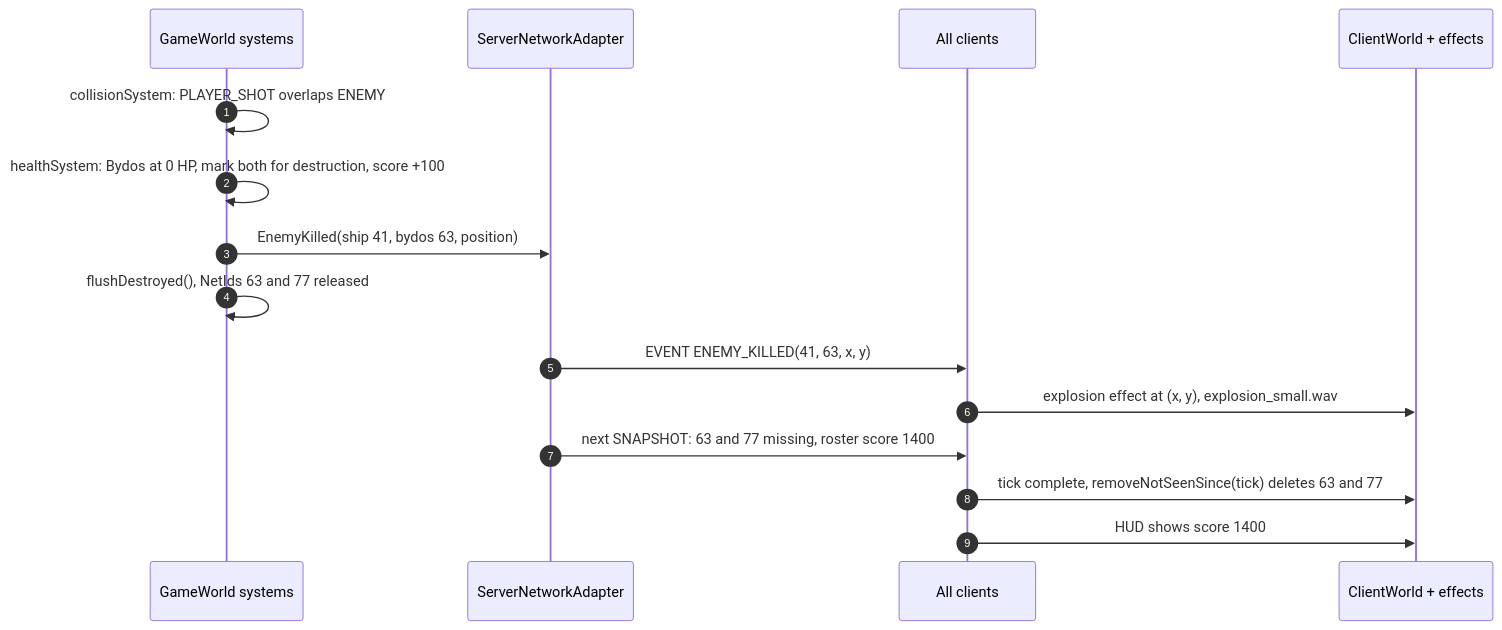
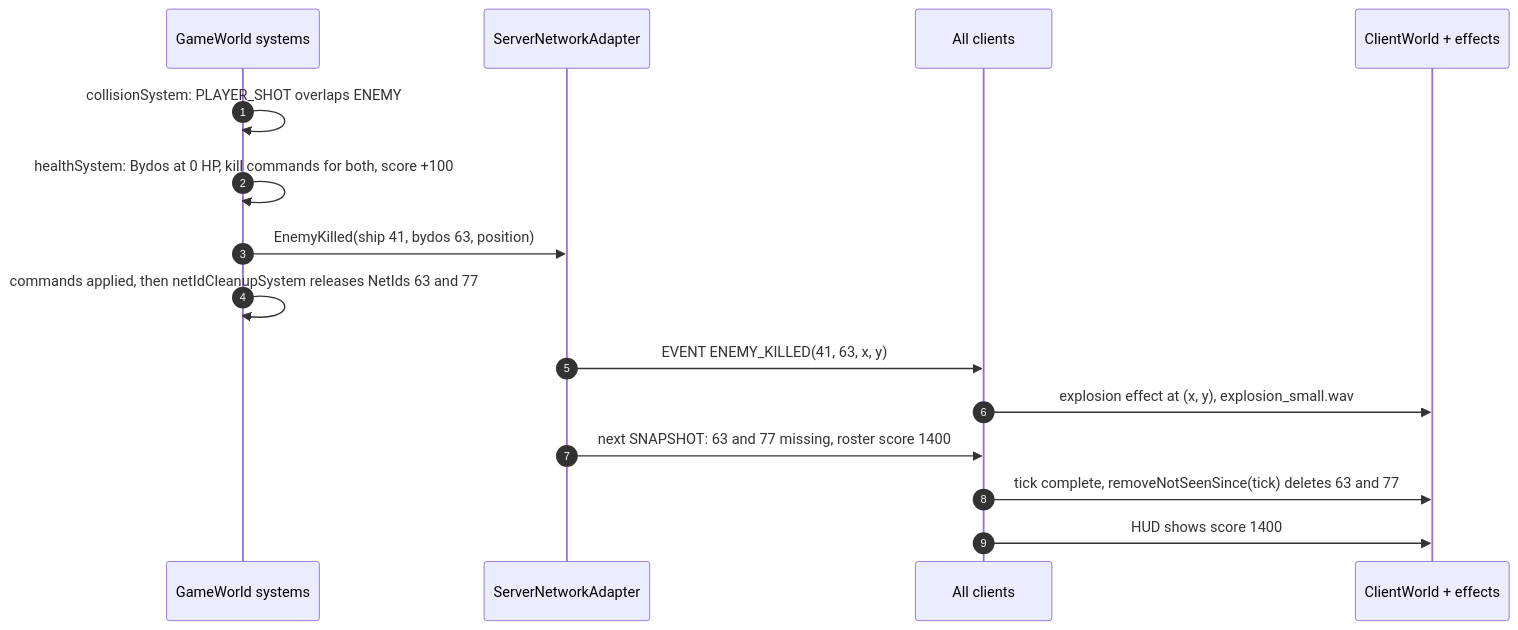
The third of 4 diagrams in docs/architecture/flows.md (janumaruku/r-type), drawn with Mermaid before and after one commit. The commit also changed other lines of this file and 10 other files, not shown here.

````diff
--- a/docs/architecture/flows.md
+++ b/docs/architecture/flows.md
@@ -60,17 +60,17 @@
 ```mermaid
 sequenceDiagram
     autonumber
     participant GW as GameWorld systems
     participant SA as ServerNetworkAdapter
     participant C as All clients
     participant CW as ClientWorld + effects
     GW->>GW: collisionSystem: PLAYER_SHOT overlaps ENEMY
-    GW->>GW: healthSystem: Bydos at 0 HP, mark both for destruction, score +100
+    GW->>GW: healthSystem: Bydos at 0 HP, kill commands for both, score +100
     GW->>SA: EnemyKilled(ship 41, bydos 63, position)
-    GW->>GW: flushDestroyed(), NetIds 63 and 77 released
+    GW->>GW: commands applied, then netIdCleanupSystem releases NetIds 63 and 77
     SA->>C: EVENT ENEMY_KILLED(41, 63, x, y)
     C->>CW: explosion effect at (x, y), explosion_small.wav
     SA->>C: next SNAPSHOT: 63 and 77 missing, roster score 1400
     C->>CW: tick complete, removeNotSeenSince(tick) deletes 63 and 77
     C->>CW: HUD shows score 1400
 ```
````
